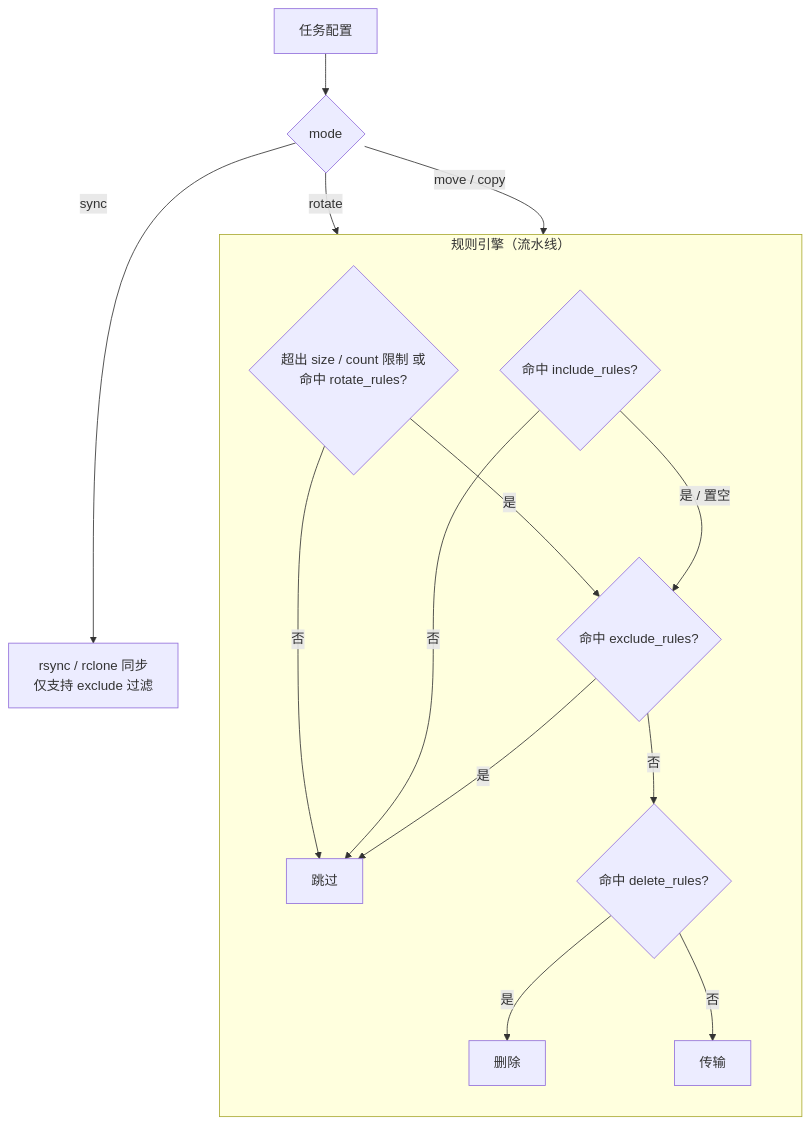
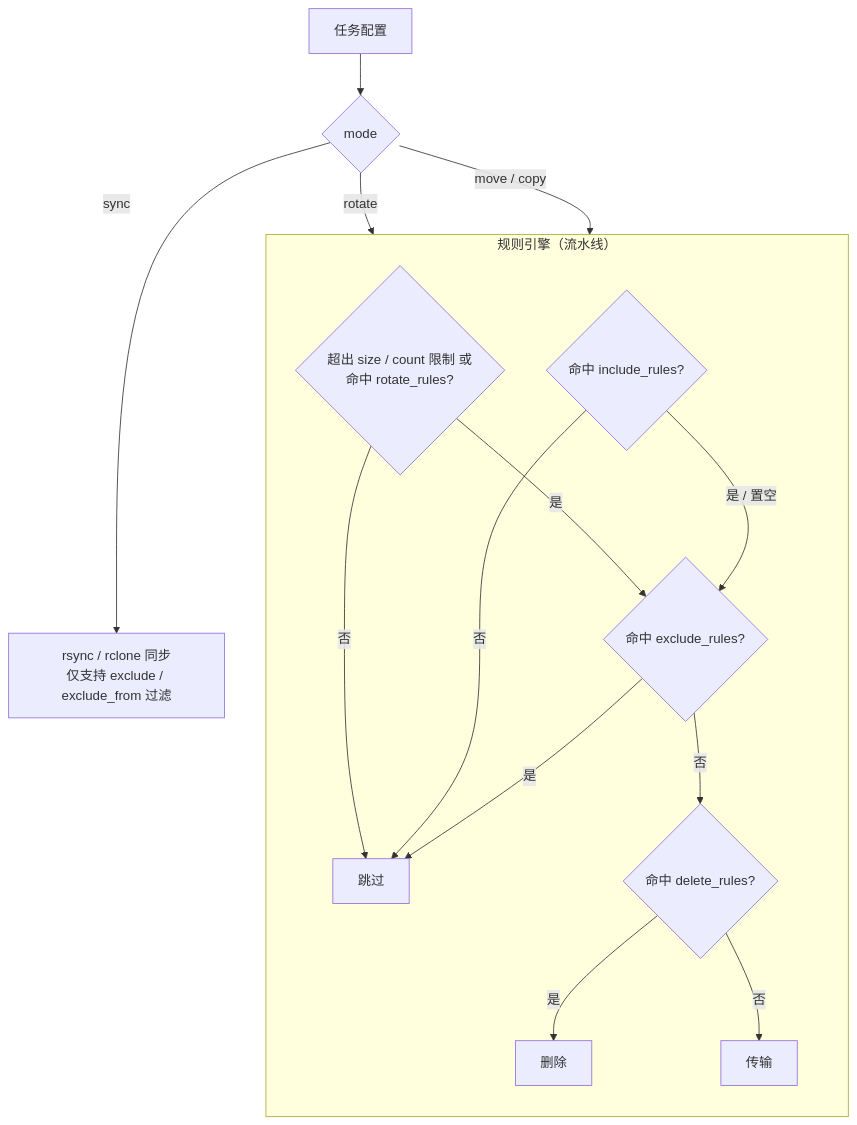
One commit to HexStan/SmartArchiver changed the diagram in README.md. Above: the diagram before and after it, drawn with Mermaid. The commit also changed other lines of this file, not shown here.

Commit message:
docs: README 同步 sync 模式 exclude_from 配置说明

````diff
--- a/README.md
+++ b/README.md
@@ -457,22 +465,22 @@
 ```mermaid
 flowchart TD
     TASK["任务配置"] --> MODE{"mode"}
   
     MODE -->|"rotate"| ROTATE{"超出 size / count 限制 或<br>命中 rotate_rules?"}
     MODE -->|"move / copy"| INCLUDE{"命中 include_rules?"}
-    MODE -->|"sync"| SYNC["rsync / rclone 同步<br>仅支持 exclude 过滤"]
+    MODE -->|"sync"| SYNC["rsync / rclone 同步<br>仅支持 exclude / exclude_from 过滤"]
 
     subgraph ENGINE["规则引擎（流水线）"]
         direction TB
 
         ROTATE -->|"是"| EXCLUDE{"命中 exclude_rules?"}
         ROTATE -->|"否"| KEEP["跳过"]
 
         INCLUDE -->|"否"| KEEP
         INCLUDE -->|"是 / 置空"| EXCLUDE
         EXCLUDE -->|"是"| KEEP
         EXCLUDE -->|"否"| DEL{"命中 delete_rules?"}
         DEL -->|"是"| DELETE["删除"]
         DEL -->|"否"| TRANSFER["传输"]
     end
 ```
````
